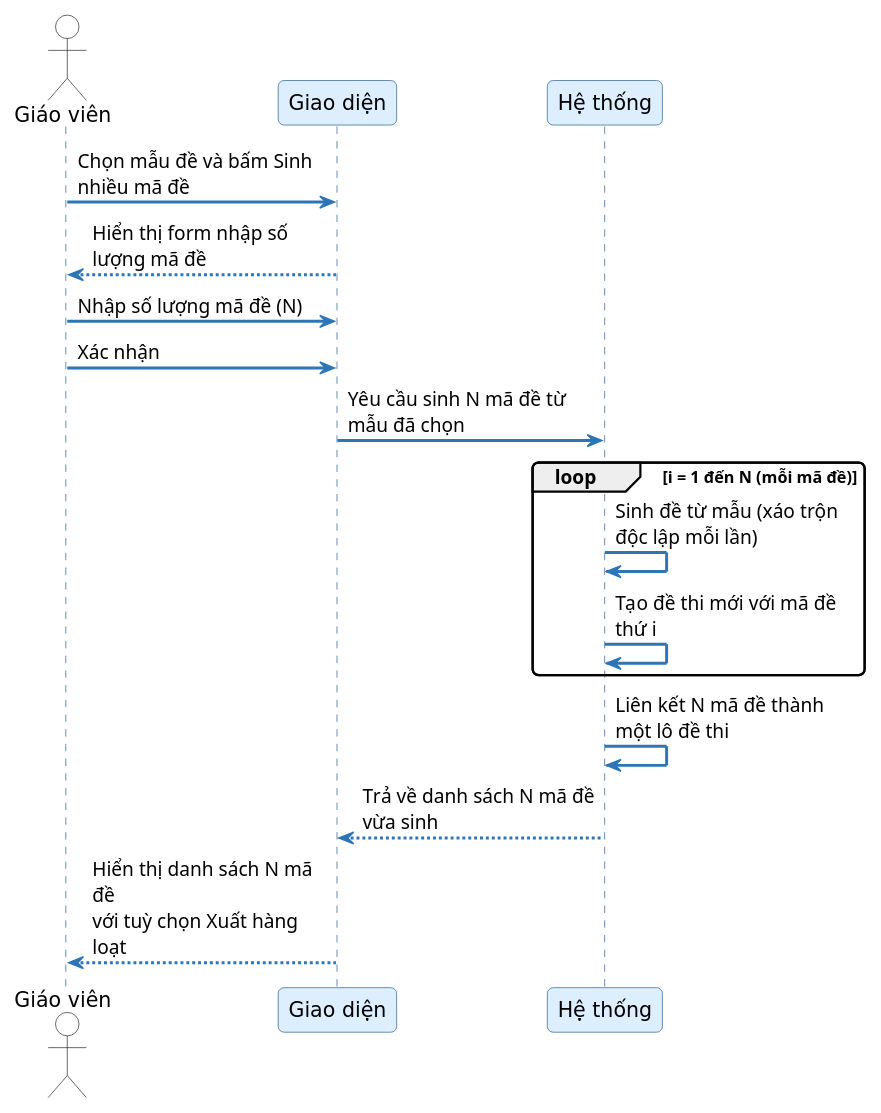
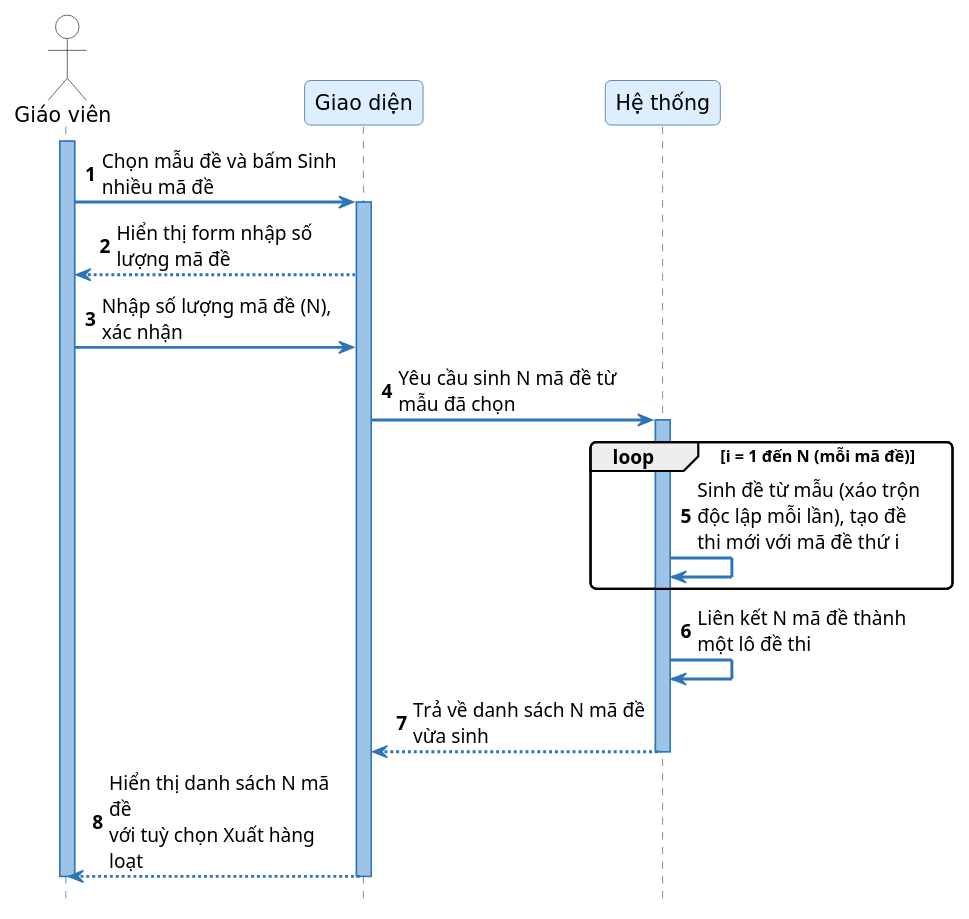
The diagram in uml/seq_diagrams/SD30_sinh_nhieu_ma_de.puml (trantrungno3/ExamHub), drawn with PlantUML before and after one commit. The commit also changed 100 other files, not shown here.

First line of the commit message:
Refactor sequence diagrams for exam generation and management

```diff
--- a/uml/seq_diagrams/SD30_sinh_nhieu_ma_de.puml
+++ b/uml/seq_diagrams/SD30_sinh_nhieu_ma_de.puml
@@ -1,44 +1,47 @@
 @startuml SD30_sinh_nhieu_ma_de
+autonumber
 skinparam sequenceArrowThickness 2
 skinparam roundcorner 8
 skinparam maxmessagesize 160
 skinparam sequence {
     ArrowColor #2E75B6
     ActorBorderColor #333333
-    LifeLineBorderColor #336699
-    LifeLineBackgroundColor #EEF4FF
+    LifeLineBorderColor #2E75B6
+    LifeLineBackgroundColor #9DC3E6
     ParticipantBorderColor #336699
     ParticipantBackgroundColor #DDEEFF
     ParticipantFontSize 14
     ParticipantFontName "DejaVu Sans"
     ActorBackgroundColor White
     ActorFontName "DejaVu Sans"
     ActorFontSize 14
     NoteBackgroundColor #FFFFCC
     NoteBorderColor #CCCC00
 }
 skinparam fontname "DejaVu Sans"
+hide footbox
 
 actor "Giáo viên" as Teacher
 participant "Giao diện" as FE
 participant "Hệ thống" as SYS
 
-Teacher -> FE : Chọn mẫu đề và bấm Sinh nhiều mã đề
+activate Teacher
+Teacher -> FE ++ : Chọn mẫu đề và bấm Sinh nhiều mã đề
 FE --> Teacher : Hiển thị form nhập số lượng mã đề
 
-Teacher -> FE : Nhập số lượng mã đề (N)
-Teacher -> FE : Xác nhận
+Teacher -> FE : Nhập số lượng mã đề (N), xác nhận
 
-FE -> SYS : Yêu cầu sinh N mã đề từ mẫu đã chọn
+FE -> SYS ++ : Yêu cầu sinh N mã đề từ mẫu đã chọn
 
 loop i = 1 đến N (mỗi mã đề)
-    SYS -> SYS : Sinh đề từ mẫu (xáo trộn độc lập mỗi lần)
-    SYS -> SYS : Tạo đề thi mới với mã đề thứ i
+    SYS -> SYS : Sinh đề từ mẫu (xáo trộn độc lập mỗi lần), tạo đề thi mới với mã đề thứ i
 end
 
 SYS -> SYS : Liên kết N mã đề thành một lô đề thi
 
-SYS --> FE : Trả về danh sách N mã đề vừa sinh
+SYS --> FE -- : Trả về danh sách N mã đề vừa sinh
 FE --> Teacher : Hiển thị danh sách N mã đề\nvới tuỳ chọn Xuất hàng loạt
+deactivate FE
+deactivate Teacher
 
 @enduml
```
